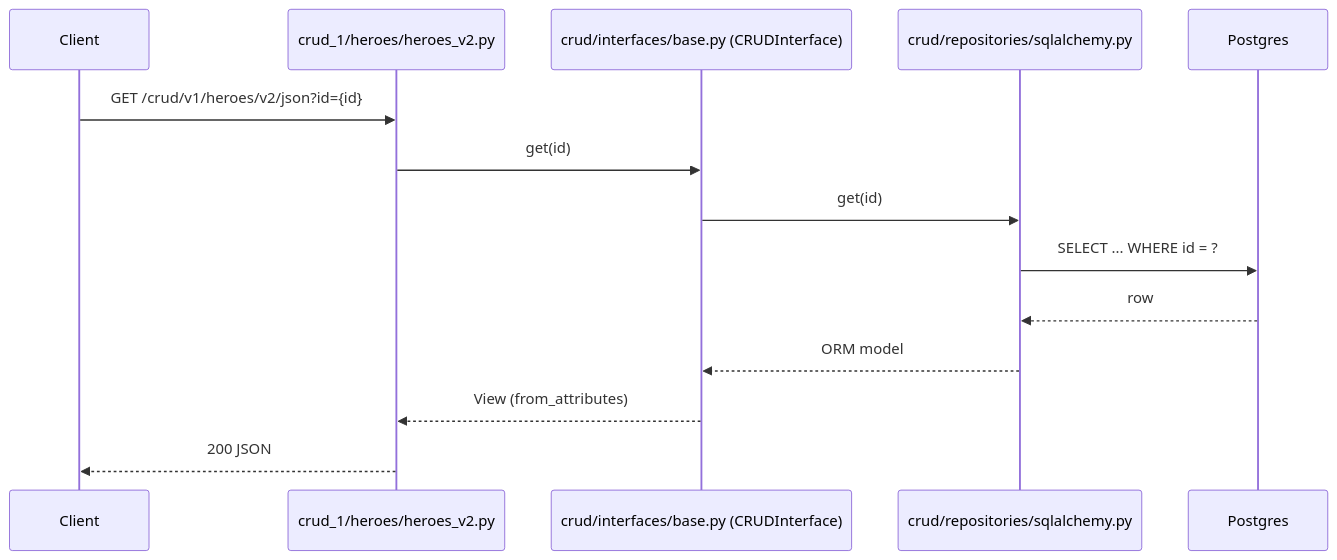
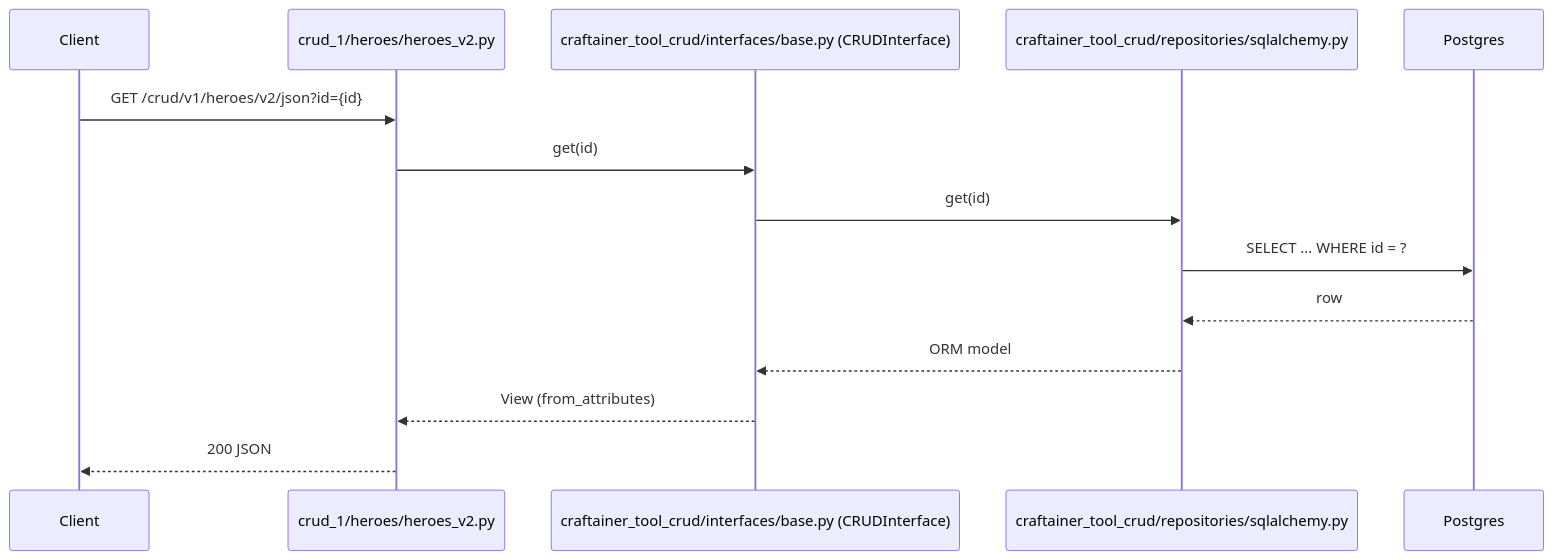
One commit to craftainer/template-fastapi changed the second of 2 diagrams in src/app/README.md. Above: the diagram before and after it, drawn with Mermaid. The commit also changed other lines of this file and 164 other files, not shown here.

````diff
--- a/src/app/README.md
+++ b/src/app/README.md
@@ -339,17 +435,17 @@
 ```mermaid
 sequenceDiagram
     participant Client
     participant Controller as crud_1/heroes/heroes_v2.py
-    participant CRUD as crud/interfaces/base.py (CRUDInterface)
-    participant Repo as crud/repositories/sqlalchemy.py
+    participant CRUD as craftainer_tool_crud/interfaces/base.py (CRUDInterface)
+    participant Repo as craftainer_tool_crud/repositories/sqlalchemy.py
     participant DB as Postgres
 
     Client->>Controller: GET /crud/v1/heroes/v2/json?id={id}
     Controller->>CRUD: get(id)
     CRUD->>Repo: get(id)
     Repo->>DB: SELECT ... WHERE id = ?
     DB-->>Repo: row
     Repo-->>CRUD: ORM model
     CRUD-->>Controller: View (from_attributes)
     Controller-->>Client: 200 JSON
 ```
````
